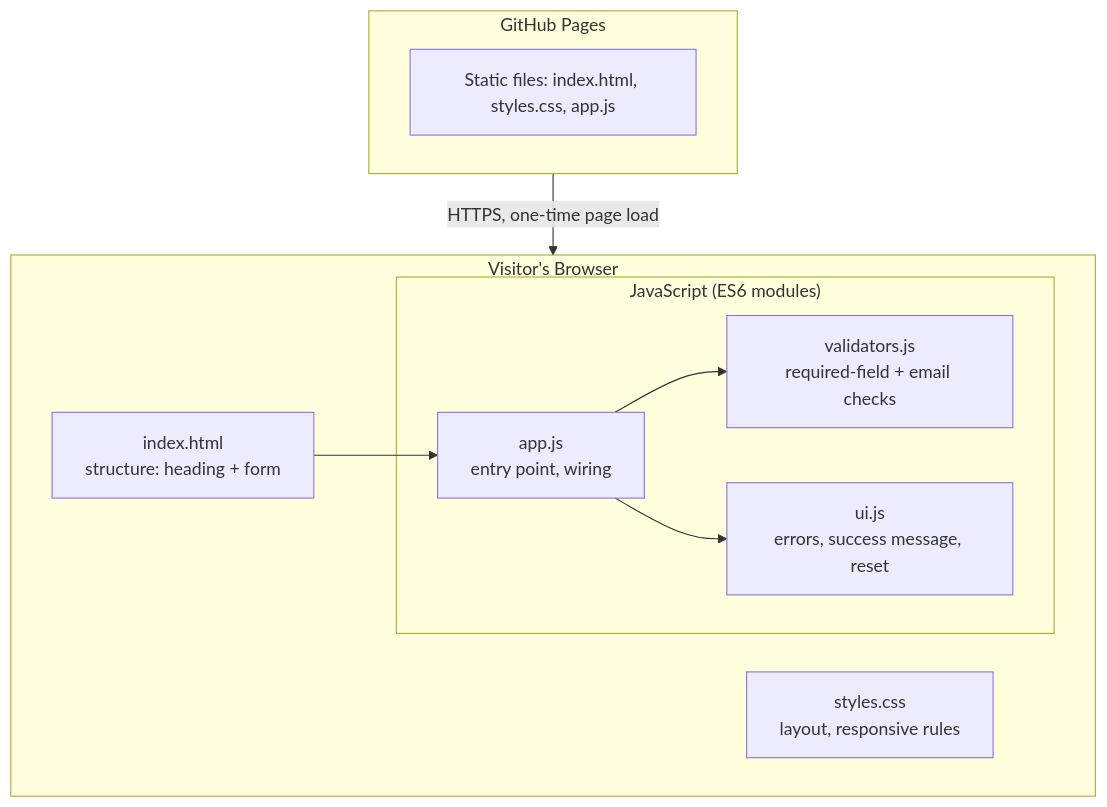
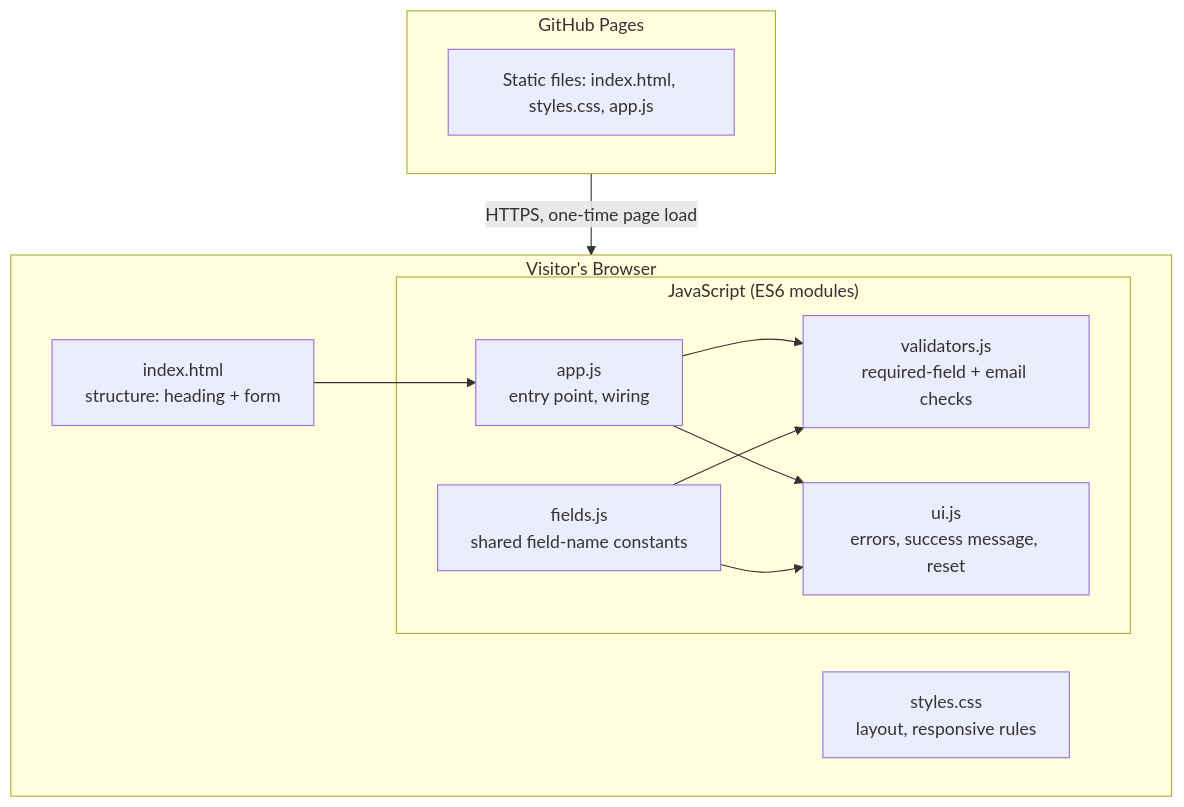
One commit to e2logydev-cyber/helloworld changed the fifth of 5 diagrams in architecture.md. Above: the diagram before and after it, drawn with Mermaid. The commit also changed other lines of this file and 10 other files, not shown here.

````diff
--- a/architecture.md
+++ b/architecture.md
@@ -226,21 +236,24 @@
 ```mermaid
 flowchart TB
     subgraph Browser["Visitor's Browser"]
         HTML[index.html<br/>structure: heading + form]
         CSS[styles.css<br/>layout, responsive rules]
         subgraph JS["JavaScript (ES6 modules)"]
+            Fields[fields.js<br/>shared field-name constants]
             App[app.js<br/>entry point, wiring]
             Validators[validators.js<br/>required-field + email checks]
             UI[ui.js<br/>errors, success message, reset]
         end
         HTML --> App
         App --> Validators
         App --> UI
+        Fields --> Validators
+        Fields --> UI
     end
 
     subgraph Host["GitHub Pages"]
         Files[Static files: index.html, styles.css, app.js]
     end
 
     Host -- "HTTPS, one-time page load" --> Browser
 ```
````
